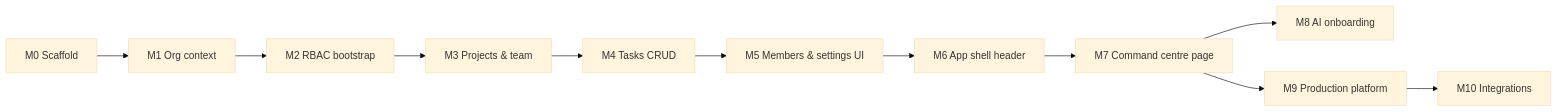
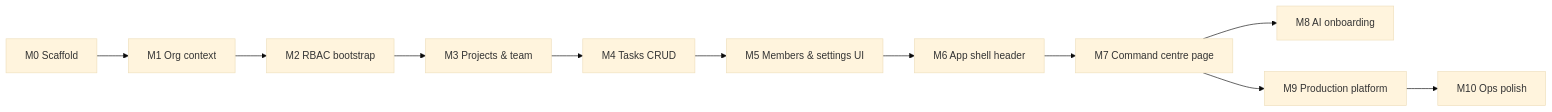
Before and after one commit to Huzaifa-367/LR-ProjectManager: the diagram in DOCs/TCM-Command-Centre-Implementation-Guide.md, drawn with Mermaid (base theme). The commit also changed other lines of this file and 245 other files, not shown here.

First line of the commit message:
Implement TCM Command Centre through production ops polish.

````diff
--- a/DOCs/TCM-Command-Centre-Implementation-Guide.md
+++ b/DOCs/TCM-Command-Centre-Implementation-Guide.md
@@ -81,13 +81,13 @@
 ```mermaid
 flowchart LR
     M0[M0 Scaffold] --> M1[M1 Org context]
     M1 --> M2[M2 RBAC bootstrap]
     M2 --> M3[M3 Projects & team]
     M3 --> M4[M4 Tasks CRUD]
     M4 --> M5[M5 Members & settings UI]
     M5 --> M6[M6 App shell header]
     M6 --> M7[M7 Command centre page]
     M7 --> M8[M8 AI onboarding]
     M7 --> M9[M9 Production platform]
-    M9 --> M10[M10 Integrations]
+    M9 --> M10[M10 Ops polish]
 ```
````
